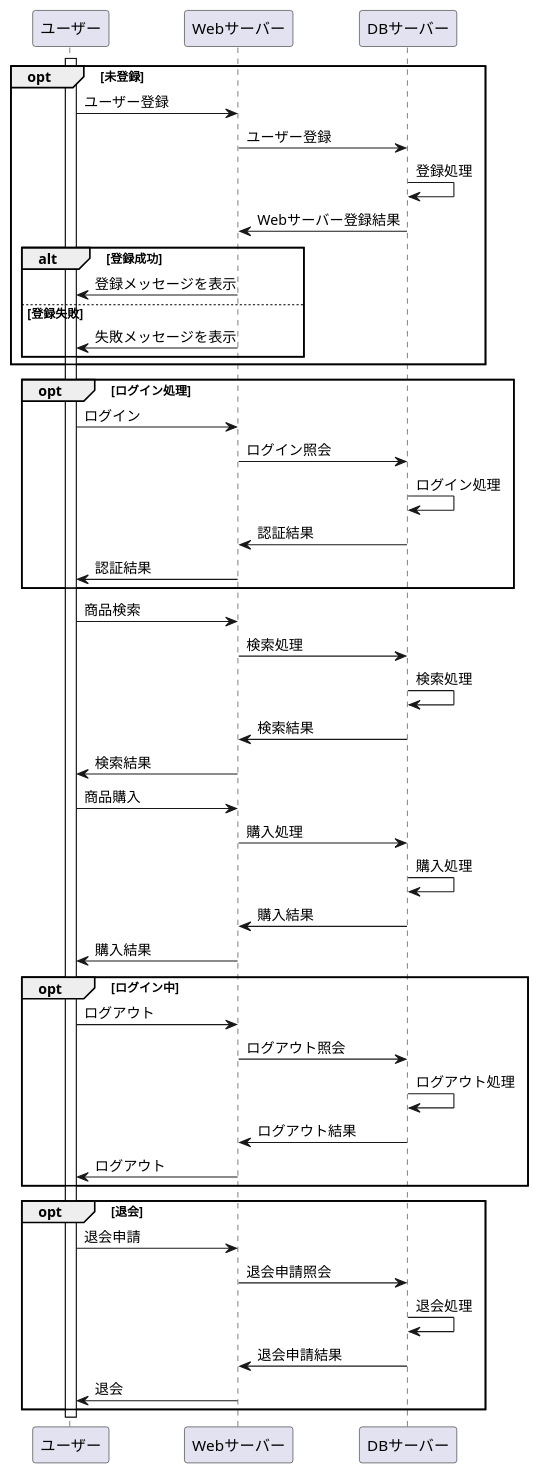
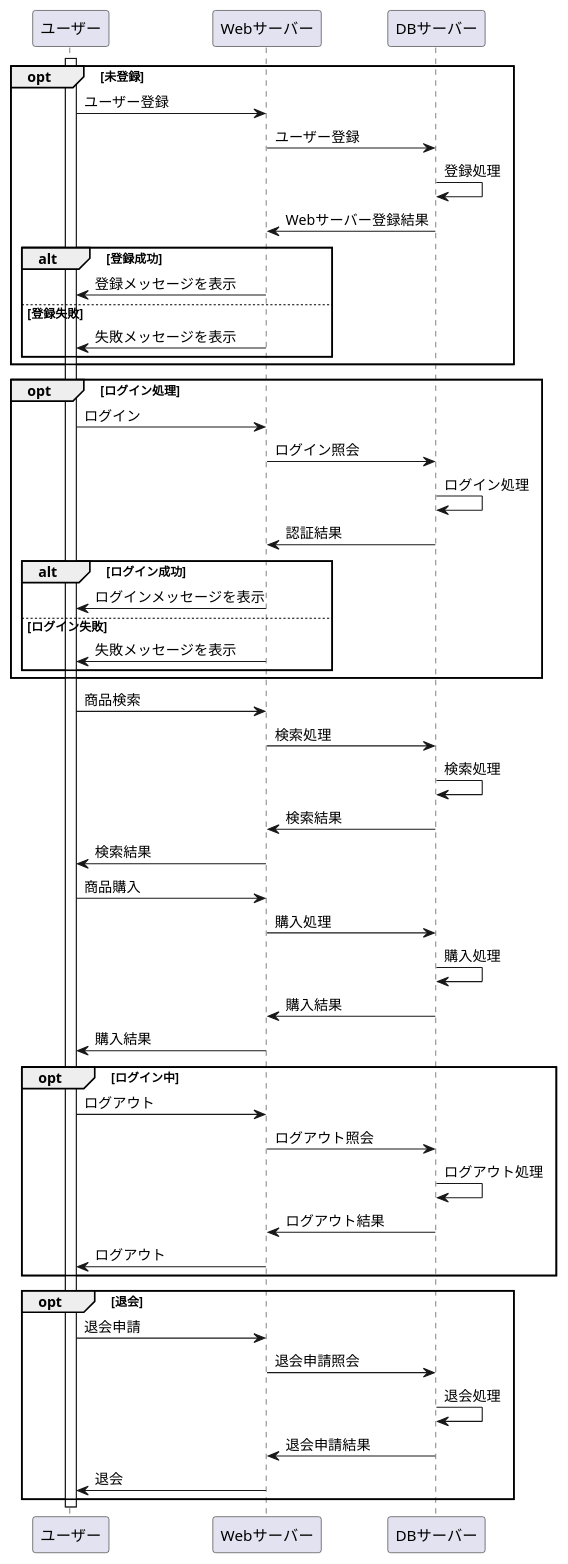
One commit to Aso2001163/2021sys-design-2 changed the diagram in Mypage(業務フロー).md. Above: the diagram before and after it, drawn with PlantUML.

````diff
--- a/Mypage(業務フロー).md
+++ b/Mypage(業務フロー).md
@@ -1,62 +1,66 @@
 ```uml
 @startuml
 opt 未登録
 
 ユーザー -> Webサーバー:ユーザー登録
 Webサーバー -> DBサーバー:ユーザー登録
 DBサーバー -> DBサーバー:登録処理
 DBサーバー -> Webサーバー:Webサーバー登録結果
 
   alt 登録成功
    Webサーバー -> ユーザー:登録メッセージを表示
   else 登録失敗
    Webサーバー -> ユーザー:失敗メッセージを表示
   end
 end
 
 opt ログイン処理
 ユーザー -> Webサーバー:ログイン
 Webサーバー -> DBサーバー:ログイン照会
 DBサーバー -> DBサーバー:ログイン処理
 DBサーバー -> Webサーバー:認証結果
-Webサーバー -> ユーザー:認証結果
 
+  alt ログイン成功
+    Webサーバー -> ユーザー:ログインメッセージを表示
+  else ログイン失敗
+    Webサーバー -> ユーザー:失敗メッセージを表示
+  end
 end
 
 activate ユーザー
 
 ユーザー -> Webサーバー:商品検索
 Webサーバー -> DBサーバー:検索処理
 DBサーバー -> DBサーバー:検索処理
 DBサーバー -> Webサーバー:検索結果
 Webサーバー -> ユーザー:検索結果
 
 ユーザー -> Webサーバー:商品購入
 Webサーバー -> DBサーバー:購入処理
 DBサーバー -> DBサーバー:購入処理
 DBサーバー -> Webサーバー:購入結果
 Webサーバー -> ユーザー:購入結果
 
 opt ログイン中
 
 ユーザー -> Webサーバー:ログアウト
 Webサーバー -> DBサーバー:ログアウト照会
 DBサーバー -> DBサーバー:ログアウト処理
 DBサーバー -> Webサーバー:ログアウト結果
 Webサーバー -> ユーザー:ログアウト
 
 end
 
 opt 退会
 
 ユーザー -> Webサーバー:退会申請
 Webサーバー -> DBサーバー:退会申請照会
 DBサーバー -> DBサーバー:退会処理
 DBサーバー -> Webサーバー:退会申請結果
 Webサーバー -> ユーザー:退会
 
 end
 
 deactivate ユーザー
 @enduml
 ```
````
